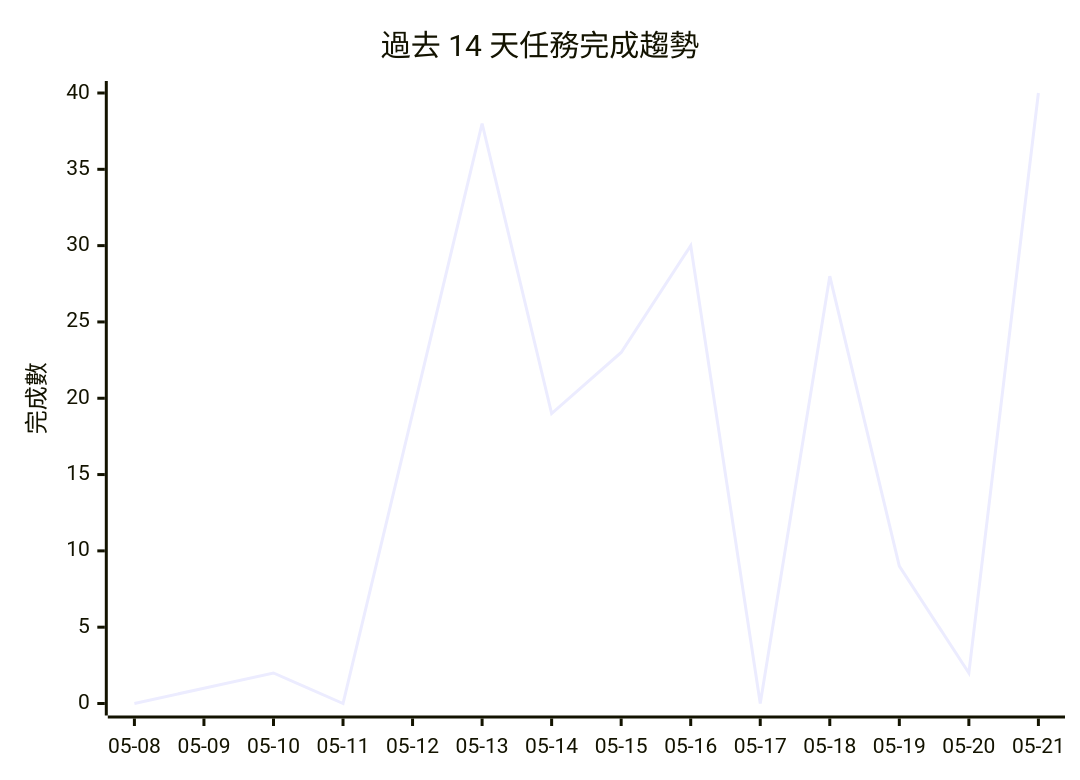
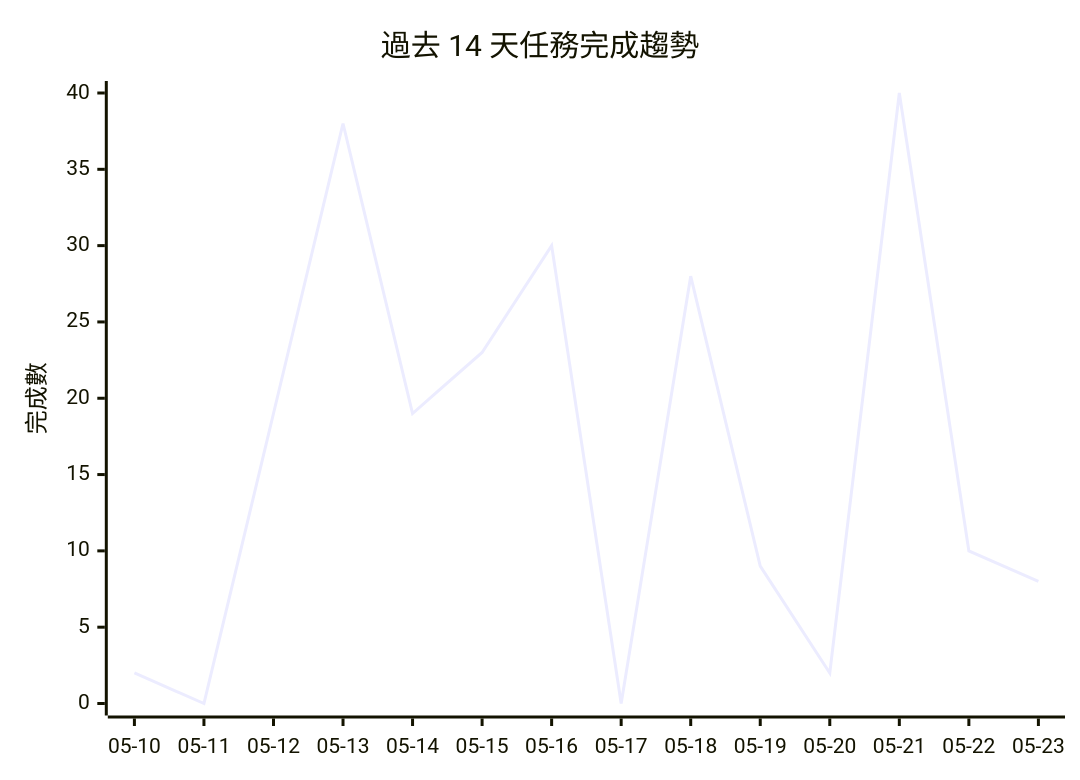
Before and after one commit to openclawchen8-lgtm/openclawchen8-lgtm: the diagram in README.md, drawn with Mermaid. The commit also changed other lines of this file, not shown here.

````diff
--- a/README.md
+++ b/README.md
@@ -151,7 +154,7 @@
 ```mermaid
 xychart-beta
     title "過去 14 天任務完成趨勢"
-    x-axis ["05-08", "05-09", "05-10", "05-11", "05-12", "05-13", "05-14", "05-15", "05-16", "05-17", "05-18", "05-19", "05-20", "05-21"]
+    x-axis ["05-10", "05-11", "05-12", "05-13", "05-14", "05-15", "05-16", "05-17", "05-18", "05-19", "05-20", "05-21", "05-22", "05-23"]
     y-axis "完成數" 0 --> 40
-    line [0, 1, 2, 0, 19, 38, 19, 23, 30, 0, 28, 9, 2, 40]
+    line [2, 0, 19, 38, 19, 23, 30, 0, 28, 9, 2, 40, 10, 8]
 ```
````
